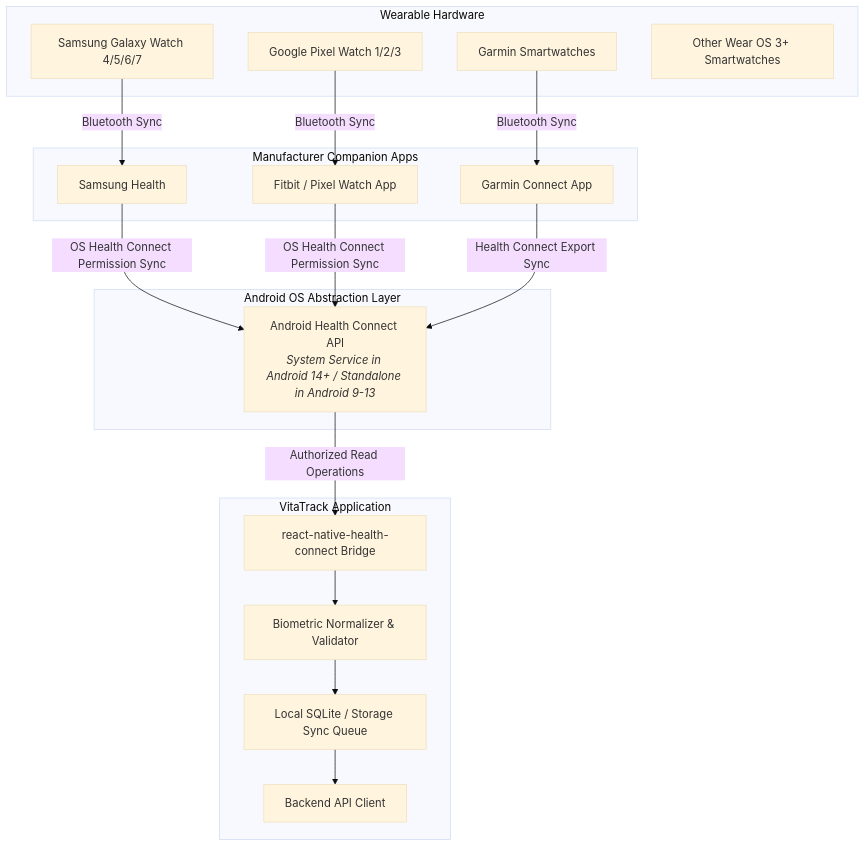
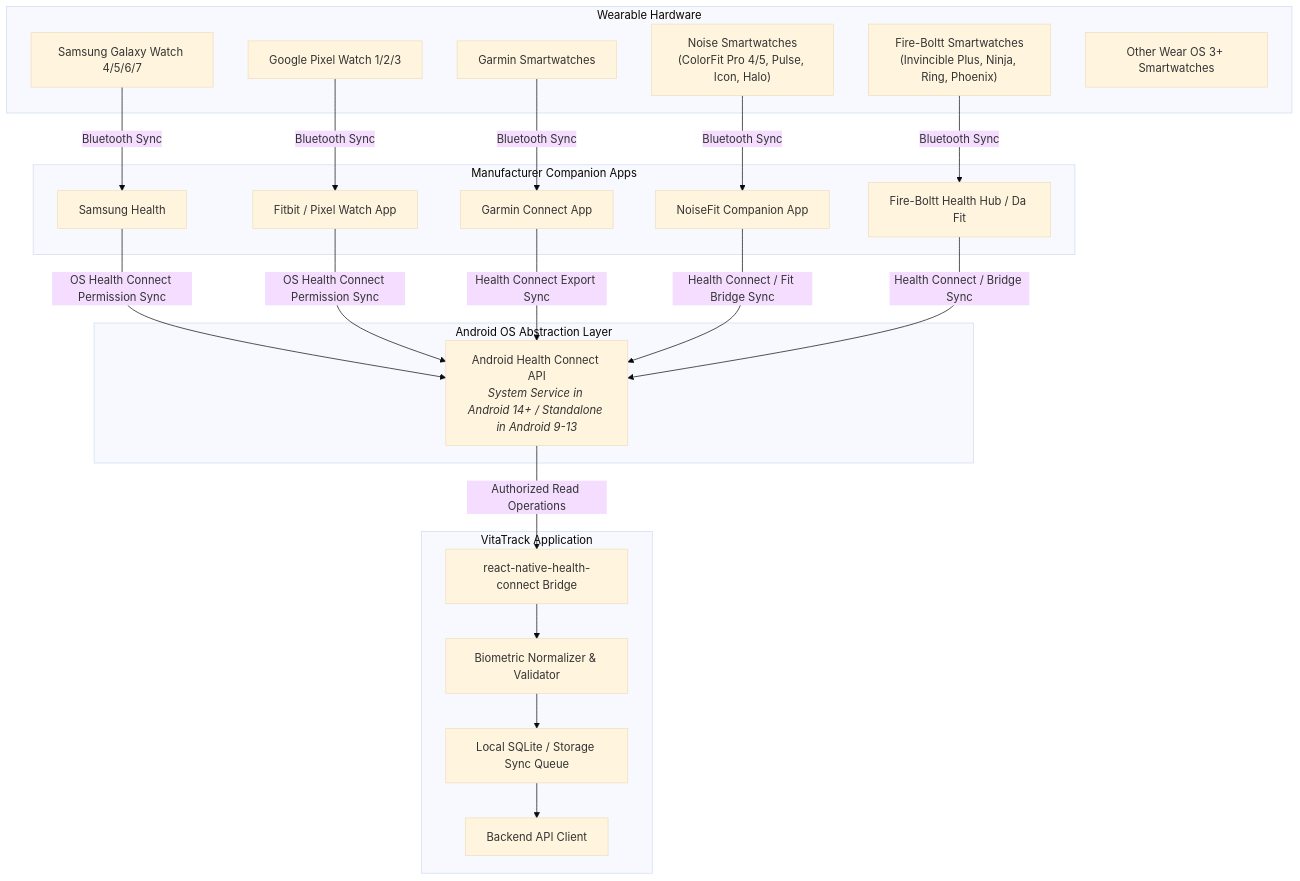
Before and after one commit to SatyamKumar-code/VitaTrack-App: the first of 2 diagrams in docs/SMARTWATCH_INTEGRATION.md, drawn with Mermaid (base theme). The commit also changed other lines of this file and 8 other files, not shown here.

Commit message:
docs: add comprehensive architecture, deployment, test plan, and feature specifications

````diff
--- a/docs/SMARTWATCH_INTEGRATION.md
+++ b/docs/SMARTWATCH_INTEGRATION.md
@@ -13,39 +13,47 @@
 ```mermaid
 graph TD
-    subgraph Wearable Hardware
-        W1[Samsung Galaxy Watch 4/5/6/7]
-        W2[Google Pixel Watch 1/2/3]
-        W3[Garmin Smartwatches]
-        W4[Other Wear OS 3+ Smartwatches]
+    subgraph WearableHardware ["Wearable Hardware"]
+        W1["Samsung Galaxy Watch 4/5/6/7"]
+        W2["Google Pixel Watch 1/2/3"]
+        W3["Garmin Smartwatches"]
+        W4["Noise Smartwatches<br/>(ColorFit Pro 4/5, Pulse, Icon, Halo)"]
+        W5["Fire-Boltt Smartwatches<br/>(Invincible Plus, Ninja, Ring, Phoenix)"]
+        W6["Other Wear OS 3+ Smartwatches"]
     end
 
-    subgraph Manufacturer Companion Apps
-        C1[Samsung Health]
-        C2[Fitbit / Pixel Watch App]
-        C3[Garmin Connect App]
+    subgraph CompanionApps ["Manufacturer Companion Apps"]
+        C1["Samsung Health"]
+        C2["Fitbit / Pixel Watch App"]
+        C3["Garmin Connect App"]
+        C4["NoiseFit Companion App"]
+        C5["Fire-Boltt Health Hub / Da Fit"]
     end
 
-    subgraph Android OS Abstraction Layer
-        HC[Android Health Connect API<br/><i>System Service in Android 14+ / Standalone in Android 9-13</i>]
+    subgraph AndroidOS ["Android OS Abstraction Layer"]
+        HC["Android Health Connect API<br/><i>System Service in Android 14+ / Standalone in Android 9-13</i>"]
     end
 
-    subgraph VitaTrack Application
-        RN_HC[react-native-health-connect Bridge]
-        NORM[Biometric Normalizer & Validator]
-        CACHE[Local SQLite / Storage Sync Queue]
-        API_CLIENT[Backend API Client]
+    subgraph VitaTrackApp ["VitaTrack Application"]
+        RN_HC["react-native-health-connect Bridge"]
+        NORM["Biometric Normalizer & Validator"]
+        CACHE["Local SQLite / Storage Sync Queue"]
+        API_CLIENT["Backend API Client"]
     end
 
-    W1 -->|Bluetooth Sync| C1
-    W2 -->|Bluetooth Sync| C2
-    W3 -->|Bluetooth Sync| C3
+    W1 -->|"Bluetooth Sync"| C1
+    W2 -->|"Bluetooth Sync"| C2
+    W3 -->|"Bluetooth Sync"| C3
+    W4 -->|"Bluetooth Sync"| C4
+    W5 -->|"Bluetooth Sync"| C5
 
-    C1 -->|OS Health Connect Permission Sync| HC
-    C2 -->|OS Health Connect Permission Sync| HC
-    C3 -->|Health Connect Export Sync| HC
+    C1 -->|"OS Health Connect Permission Sync"| HC
+    C2 -->|"OS Health Connect Permission Sync"| HC
+    C3 -->|"Health Connect Export Sync"| HC
+    C4 -->|"Health Connect / Fit Bridge Sync"| HC
+    C5 -->|"Health Connect / Bridge Sync"| HC
 
-    HC -->|Authorized Read Operations| RN_HC
+    HC -->|"Authorized Read Operations"| RN_HC
     RN_HC --> NORM
     NORM --> CACHE
     CACHE --> API_CLIENT
 ```
````
